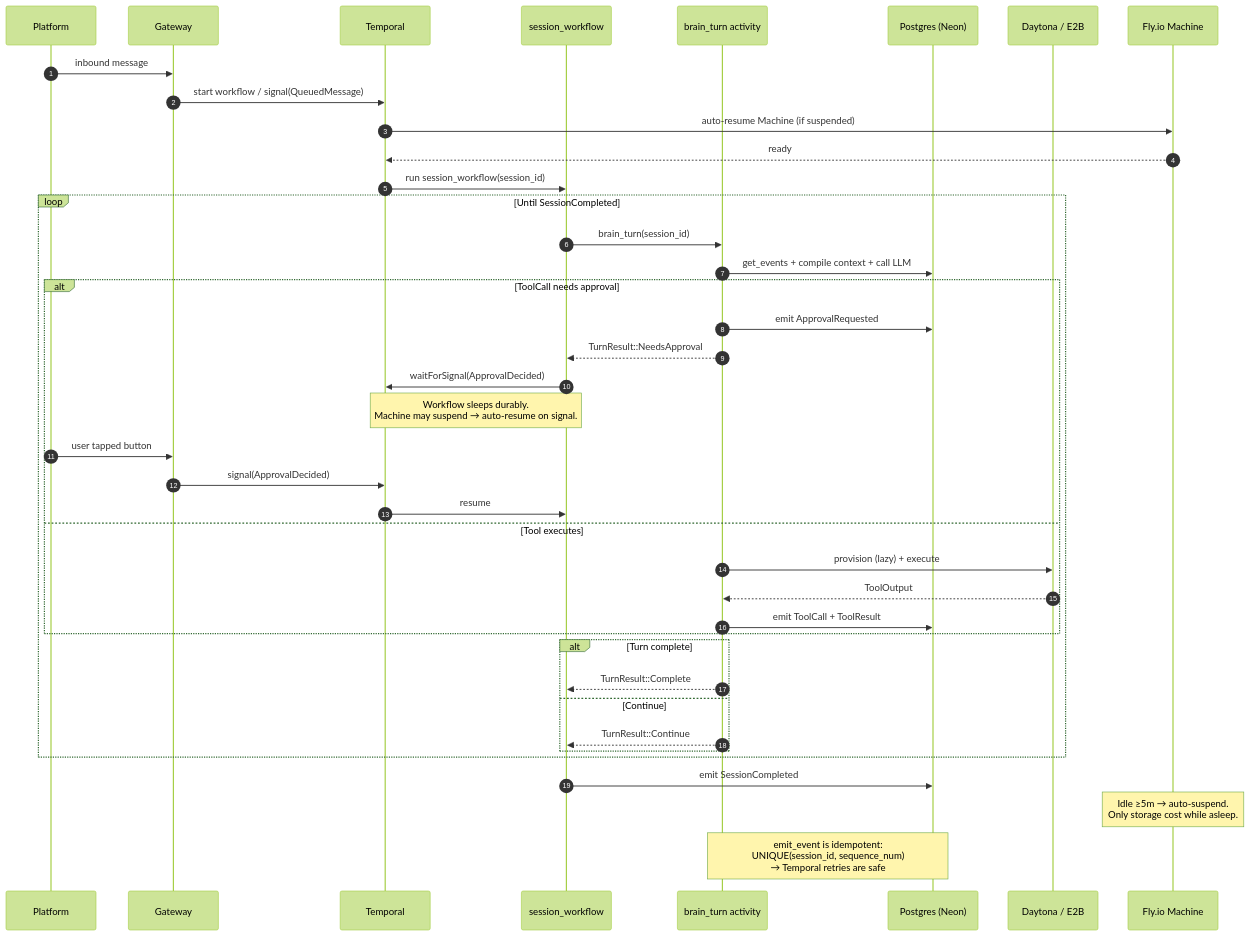
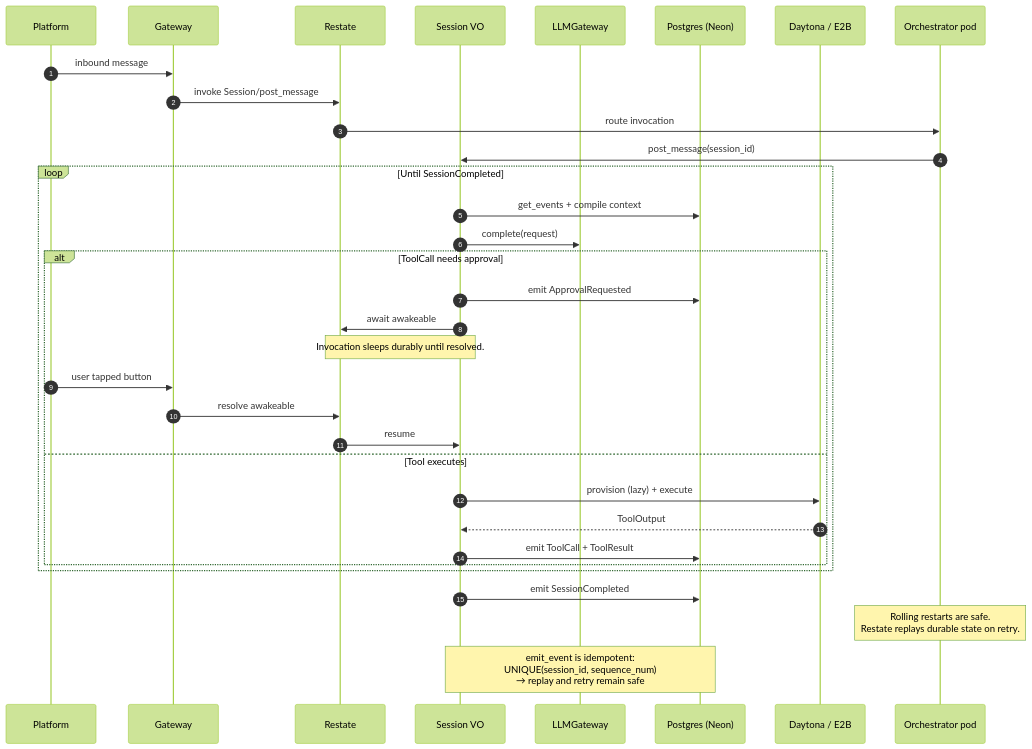
Before and after one commit to hwuiwon/moa: the tenth of 14 diagrams in sequence-diagrams.md, drawn with Mermaid (forest theme). The commit also changed other lines of this file and 314 other files, not shown here.

````diff
--- a/sequence-diagrams.md
+++ b/sequence-diagrams.md
@@ -451,46 +451,39 @@
 ```mermaid
 sequenceDiagram
     autonumber
     participant Platform
     participant Gateway
-    participant Temporal
-    participant Workflow as session_workflow
-    participant Activity as brain_turn activity
+    participant Restate
+    participant Session as Session VO
+    participant LLM as LLMGateway
     participant Log as Postgres (Neon)
     participant Hand as Daytona / E2B
-    participant Fly as Fly.io Machine
+    participant K8s as Orchestrator pod
 
     Platform->>Gateway: inbound message
-    Gateway->>Temporal: start workflow / signal(QueuedMessage)
-    Temporal->>Fly: auto-resume Machine (if suspended)
-    Fly-->>Temporal: ready
-    Temporal->>Workflow: run session_workflow(session_id)
+    Gateway->>Restate: invoke Session/post_message
+    Restate->>K8s: route invocation
+    K8s->>Session: post_message(session_id)
 
     loop Until SessionCompleted
-        Workflow->>Activity: brain_turn(session_id)
-        Activity->>Log: get_events + compile context + call LLM
+        Session->>Log: get_events + compile context
+        Session->>LLM: complete(request)
         alt ToolCall needs approval
-            Activity->>Log: emit ApprovalRequested
-            Activity-->>Workflow: TurnResult::NeedsApproval
-            Workflow->>Temporal: waitForSignal(ApprovalDecided)
-            Note over Workflow,Temporal: Workflow sleeps durably.<br/>Machine may suspend → auto-resume on signal.
+            Session->>Log: emit ApprovalRequested
+            Session->>Restate: await awakeable
+            Note over Session,Restate: Invocation sleeps durably until resolved.
             Platform->>Gateway: user tapped button
-            Gateway->>Temporal: signal(ApprovalDecided)
-            Temporal->>Workflow: resume
+            Gateway->>Restate: resolve awakeable
+            Restate->>Session: resume
         else Tool executes
-            Activity->>Hand: provision (lazy) + execute
-            Hand-->>Activity: ToolOutput
-            Activity->>Log: emit ToolCall + ToolResult
-        end
-        alt Turn complete
-            Activity-->>Workflow: TurnResult::Complete
-        else Continue
-            Activity-->>Workflow: TurnResult::Continue
+            Session->>Hand: provision (lazy) + execute
+            Hand-->>Session: ToolOutput
+            Session->>Log: emit ToolCall + ToolResult
         end
     end
 
-    Workflow->>Log: emit SessionCompleted
-    Note over Fly: Idle ≥5m → auto-suspend.<br/>Only storage cost while asleep.
+    Session->>Log: emit SessionCompleted
+    Note over K8s: Rolling restarts are safe.<br/>Restate replays durable state on retry.
 
-    Note over Activity,Log: emit_event is idempotent:<br/>UNIQUE(session_id, sequence_num)<br/>→ Temporal retries are safe
+    Note over Session,Log: emit_event is idempotent:<br/>UNIQUE(session_id, sequence_num)<br/>→ replay and retry remain safe
 ```
````
